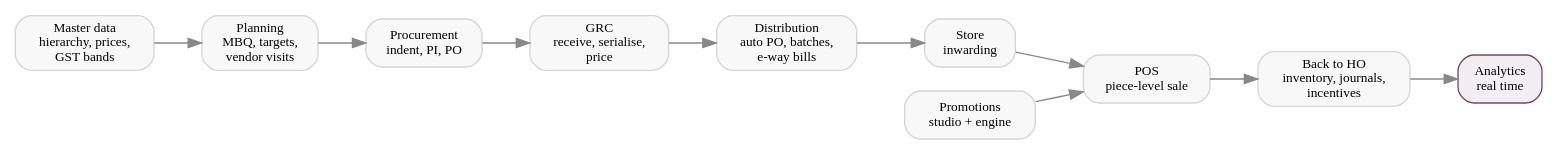
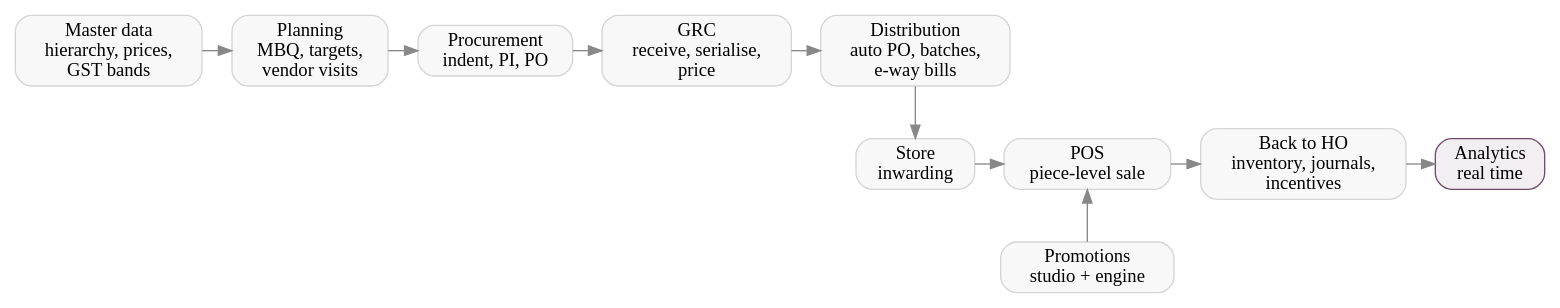
Before and after one commit to metalogicdigital/erp-docs: the diagram in content/case_studies/retail.rst, drawn with Graphviz. The commit also changed 8 other files, not shown here.

Commit message:
Make diagrams readable: sans-serif labels, wrap long flows into rows

```diff
--- a/content/case_studies/retail.rst
+++ b/content/case_studies/retail.rst
@@ -60,20 +60,24 @@
 .. graphviz::
    :caption: The retail value chain, end to end
 
    digraph vc {
-      rankdir=LR;
-      node [shape=box, style="rounded,filled", fillcolor="#F8F8F8", color="#D5D5D5", fontsize=10];
+      rankdir=TB; nodesep=0.3; ranksep=0.45;
+      node [shape=box, style="rounded,filled", fillcolor="#F8F8F8", color="#D5D5D5"];
       edge [color="#888888"];
-      md [label="Master data\nhierarchy, prices,\nGST bands"];
-      pl [label="Planning\nMBQ, targets,\nvendor visits"];
-      pr [label="Procurement\nindent, PI, PO"];
-      gr [label="GRC\nreceive, serialise,\nprice"];
-      ds [label="Distribution\nauto PO, batches,\ne-way bills"];
-      st [label="Store\ninwarding"];
+      { rank=same;
+        md [label="Master data\nhierarchy, prices,\nGST bands"];
+        pl [label="Planning\nMBQ, targets,\nvendor visits"];
+        pr [label="Procurement\nindent, PI, PO"];
+        gr [label="GRC\nreceive, serialise,\nprice"];
+        ds [label="Distribution\nauto PO, batches,\ne-way bills"]; }
+      { rank=same;
+        st [label="Store\ninwarding"];
+        ps [label="POS\npiece-level sale"];
+        ho [label="Back to HO\ninventory, journals,\nincentives"];
+        an [label="Analytics\nreal time", fillcolor="#f3eef1", color="#714B67"]; }
       pm [label="Promotions\nstudio + engine"];
-      ps [label="POS\npiece-level sale"];
-      ho [label="Back to HO\ninventory, journals,\nincentives"];
-      an [label="Analytics\nreal time", fillcolor="#f3eef1", color="#714B67"];
-      md -> pl -> pr -> gr -> ds -> st -> ps -> ho -> an;
-      pm -> ps;
+      md -> pl -> pr -> gr -> ds;
+      ds -> st;
+      st -> ps -> ho -> an;
+      ps -> pm [dir=back];
    }
```
